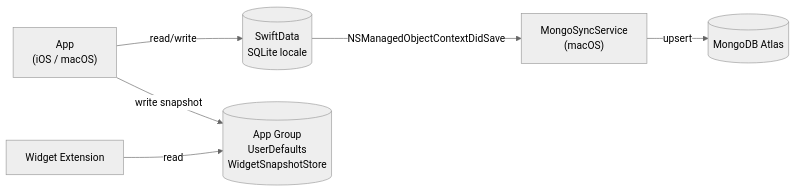
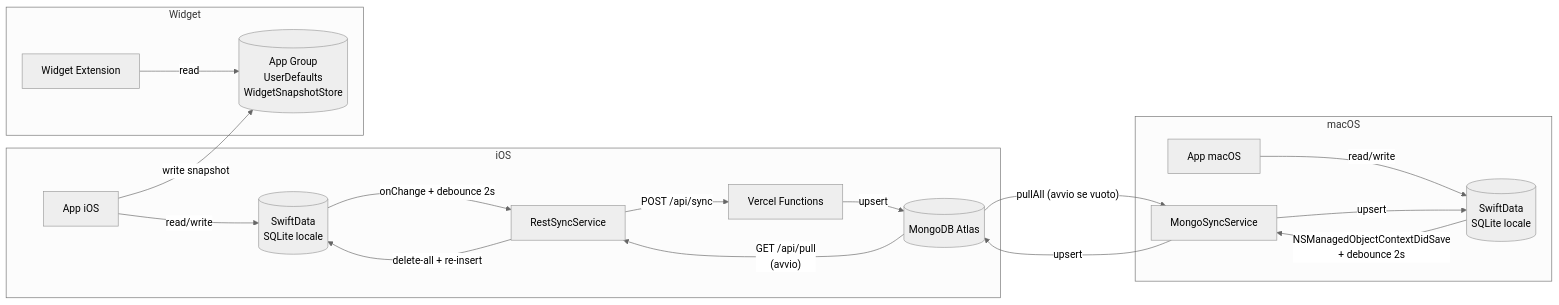
Before and after one commit to albertobarrago/timelog: the second of 2 diagrams in docs/02-modello-dati.md, drawn with Mermaid (neutral theme). The commit also changed other lines of this file and 4 other files, not shown here.

````diff
--- a/docs/02-modello-dati.md
+++ b/docs/02-modello-dati.md
@@ -68,9 +68,24 @@
 ```mermaid
 flowchart LR
-    App["App\n(iOS / macOS)"] -->|"read/write"| SD[("SwiftData\nSQLite locale")]
-    SD -->|"NSManagedObjectContextDidSave"| Sync["MongoSyncService\n(macOS)"]
-    Sync -->|"upsert"| MDB[("MongoDB Atlas")]
+    subgraph iOS
+        iApp["App iOS"] -->|"read/write"| SD_iOS[("SwiftData\nSQLite locale")]
+        SD_iOS -->|"onChange + debounce 2s"| RSS["RestSyncService"]
+        RSS -->|"POST /api/sync"| VCL["Vercel Functions"]
+        VCL -->|"upsert"| MDB[("MongoDB Atlas")]
+        MDB -->|"GET /api/pull\n(avvio)"| RSS
+        RSS -->|"delete-all + re-insert"| SD_iOS
+    end
 
-    Widget["Widget Extension"] -->|"read"| AppGroup[("App Group\nUserDefaults\nWidgetSnapshotStore")]
-    App -->|"write snapshot"| AppGroup
+    subgraph macOS
+        mApp["App macOS"] -->|"read/write"| SD_MAC[("SwiftData\nSQLite locale")]
+        SD_MAC -->|"NSManagedObjectContextDidSave\n+ debounce 2s"| MSS["MongoSyncService"]
+        MSS -->|"upsert"| MDB
+        MDB -->|"pullAll (avvio se vuoto)"| MSS
+        MSS -->|"upsert"| SD_MAC
+    end
+
+    subgraph Widget
+        wWidget["Widget Extension"] -->|"read"| AppGroup[("App Group\nUserDefaults\nWidgetSnapshotStore")]
+        iApp -->|"write snapshot"| AppGroup
+    end
 ```
````
